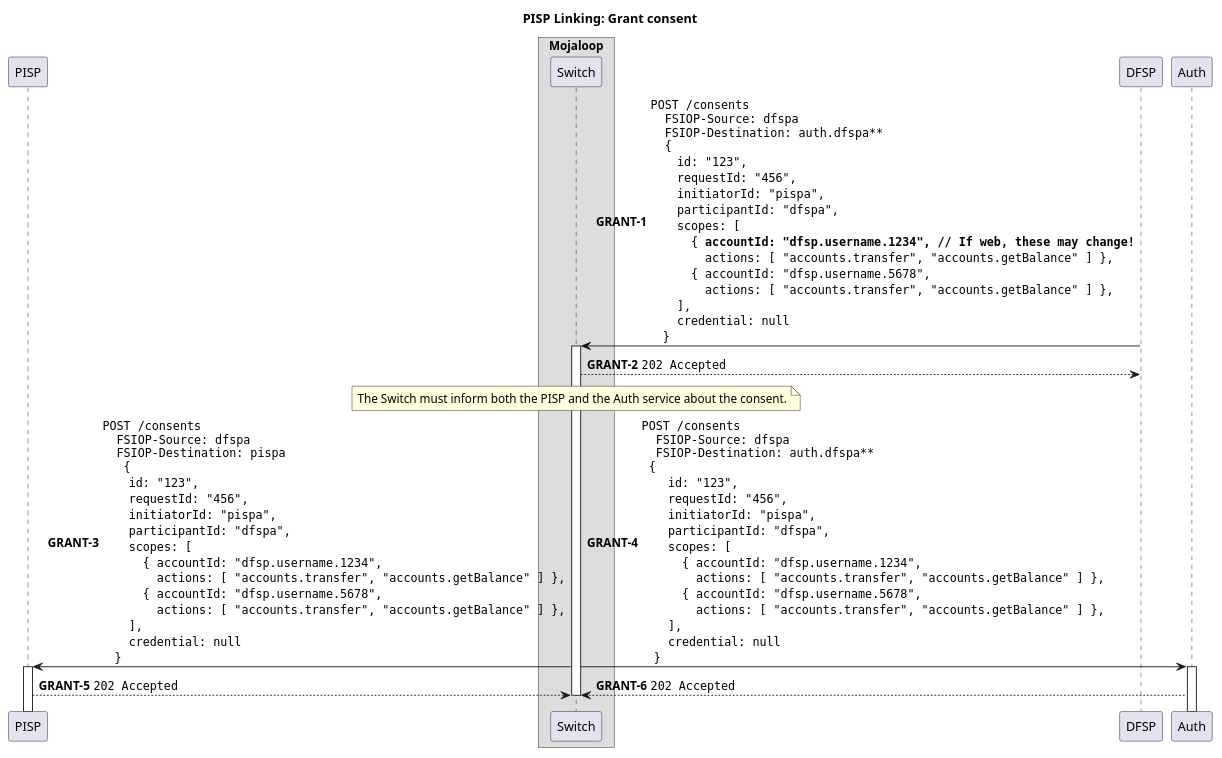
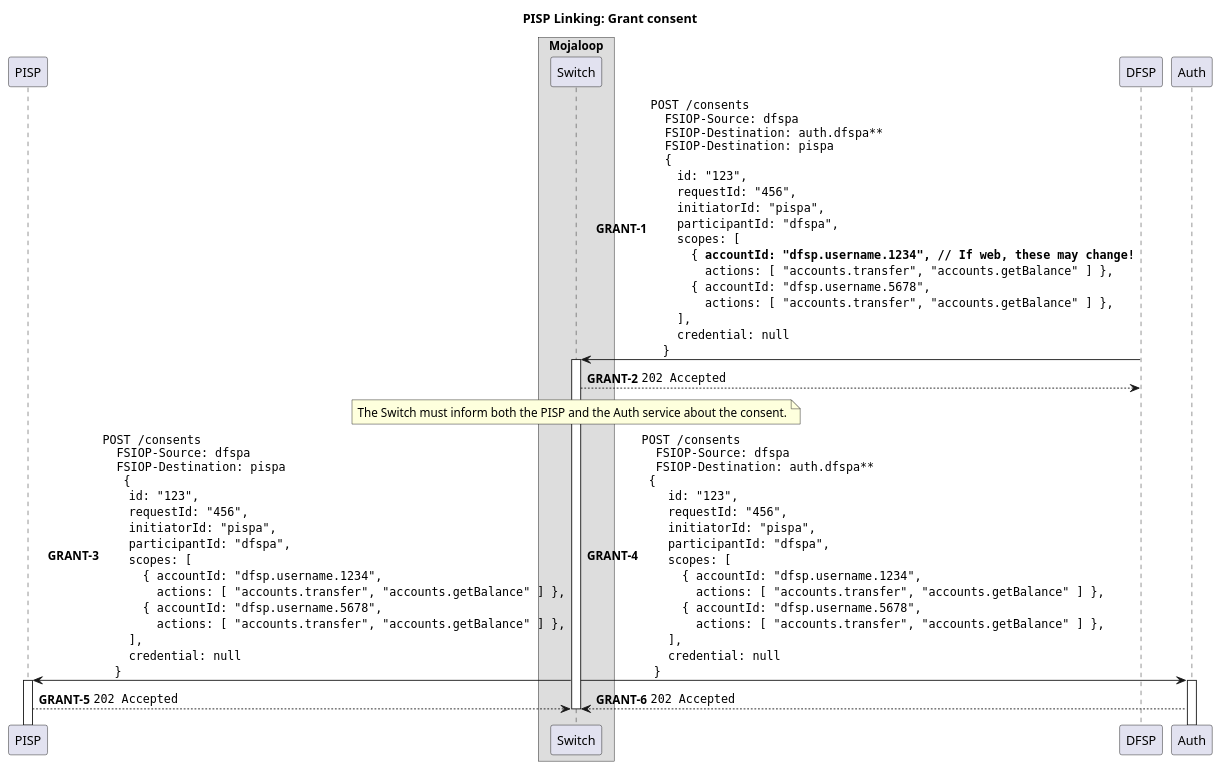
One commit to vessels-tech/pisp-1 changed the diagram in docs/linking/4-grant-consent.puml. Above: the diagram before and after it, drawn with PlantUML. The commit also changed 3 other files, not shown here.

```diff
--- a/docs/linking/4-grant-consent.puml
+++ b/docs/linking/4-grant-consent.puml
@@ -1,78 +1,81 @@
 @startuml
 
 !pragma teoz true
 
 title PISP Linking: Grant consent
 
 participant "PISP" as PISP
 
 box "Mojaloop"
     participant Switch
 end box
 
 participant "DFSP" as DFSP
 
 autonumber 1 "<b>GRANT-#</b>"
 
+' Let's propose this, but if not
+' fall back to 2 different requests
 DFSP -> Switch ++: ""POST /consents""\n\
 ""  FSIOP-Source: dfspa""\n\
 ""  FSIOP-Destination: auth.dfspa**""\n\
+""  FSIOP-Destination: pispa""\n\
 ""  {""\n\
     ""  id: "123",""\n\
     ""  requestId: "456",""\n\
     ""  initiatorId: "pispa",""\n\
     ""  participantId: "dfspa",""\n\
     ""  scopes: [ ""\n\
     ""    { **accountId: "dfsp.username.1234", // If web, these may change!**""\n\
     ""      actions: [ "accounts.transfer", "accounts.getBalance" ] },""\n\
     ""    { accountId: "dfsp.username.5678",""\n\
     ""      actions: [ "accounts.transfer", "accounts.getBalance" ] },""\n\
     ""  ],""\n\
     ""  credential: null""\n\
     ""}""
 Switch --> DFSP: ""202 Accepted""
 deactivate DFSP
 
 note over Switch
   The Switch must inform both the PISP and the Auth service about the consent.
 end note
 
 Switch -> PISP ++: ""POST /consents""\n\
 ""  FSIOP-Source: dfspa""\n\
 ""  FSIOP-Destination: pispa""\n\
 ""   {""\n\
     ""  id: "123",""\n\
     ""  requestId: "456",""\n\
     ""  initiatorId: "pispa",""\n\
     ""  participantId: "dfspa",""\n\
     ""  scopes: [ ""\n\
     ""    { accountId: "dfsp.username.1234",""\n\
     ""      actions: [ "accounts.transfer", "accounts.getBalance" ] },""\n\
     ""    { accountId: "dfsp.username.5678",""\n\
     ""      actions: [ "accounts.transfer", "accounts.getBalance" ] },""\n\
     ""  ],""\n\
     ""  credential: null""\n\
     ""}""
 & Switch -> Auth ++: ""POST /consents""\n\
 ""  FSIOP-Source: dfspa""\n\
 ""  FSIOP-Destination: auth.dfspa**""\n\
 "" {""\n\
     ""  id: "123",""\n\
     ""  requestId: "456",""\n\
     ""  initiatorId: "pispa",""\n\
     ""  participantId: "dfspa",""\n\
     ""  scopes: [ ""\n\
     ""    { accountId: "dfsp.username.1234",""\n\
     ""      actions: [ "accounts.transfer", "accounts.getBalance" ] },""\n\
     ""    { accountId: "dfsp.username.5678",""\n\
     ""      actions: [ "accounts.transfer", "accounts.getBalance" ] },""\n\
     ""  ],""\n\
     ""  credential: null""\n\
     ""}""
 
 PISP --> Switch: ""202 Accepted""
 & Auth --> Switch: ""202 Accepted""
 
 deactivate Switch
 
 @enduml
```
